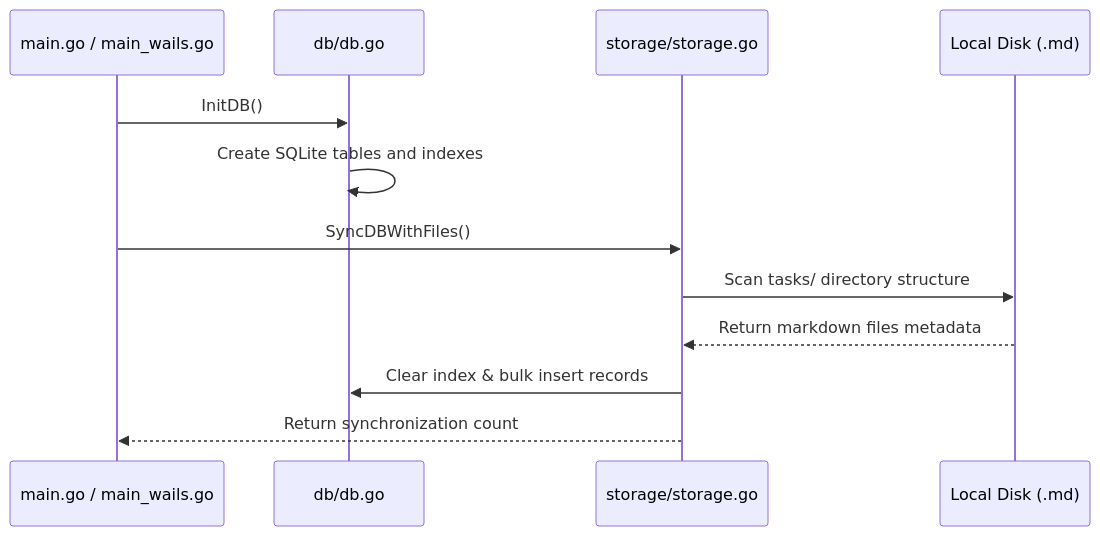
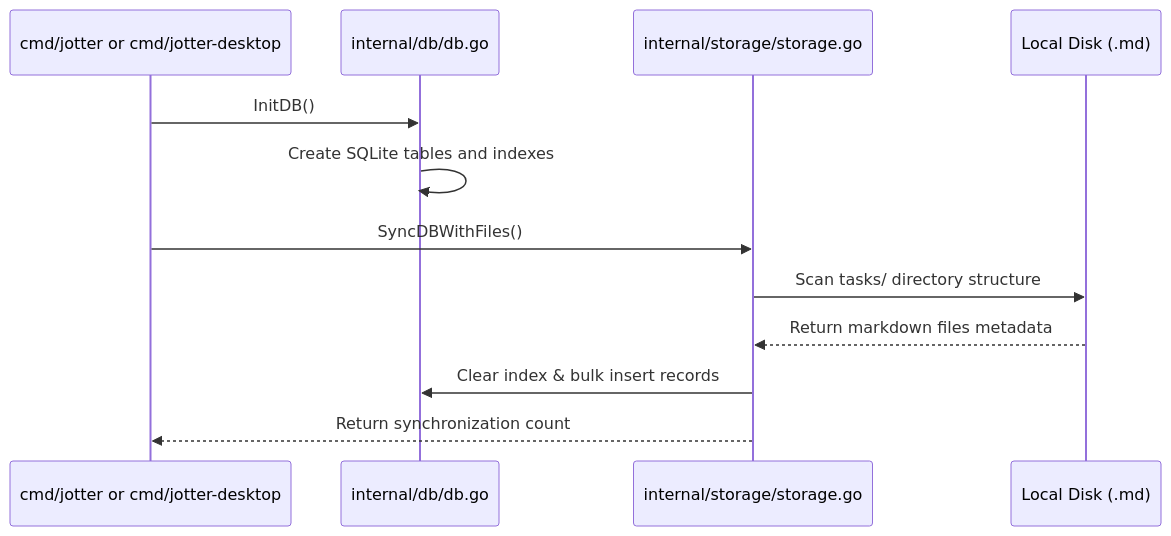
One commit to simon123h/Jotter changed the fourth of 4 diagrams in docs/developer/architecture.md. Above: the diagram before and after it, drawn with Mermaid. The commit also changed other lines of this file and 6 other files, not shown here.

````diff
--- a/docs/developer/architecture.md
+++ b/docs/developer/architecture.md
@@ -102,15 +102,15 @@
 ```mermaid
 sequenceDiagram
-    participant Main as main.go / main_wails.go
-    participant DB as db/db.go
-    participant Storage as storage/storage.go
+    participant Main as cmd/jotter or cmd/jotter-desktop
+    participant DB as internal/db/db.go
+    participant Storage as internal/storage/storage.go
     participant Disk as Local Disk (.md)
 
     Main->>DB: InitDB()
     DB->>DB: Create SQLite tables and indexes
     Main->>Storage: SyncDBWithFiles()
     Storage->>Disk: Scan tasks/ directory structure
     Disk-->>Storage: Return markdown files metadata
     Storage->>DB: Clear index & bulk insert records
     Storage-->>Main: Return synchronization count
 ```
````
